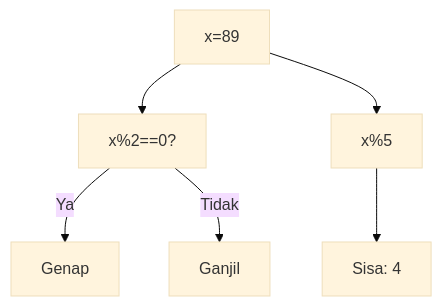
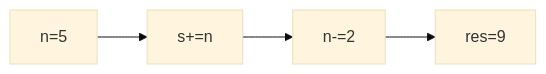
The seventh of 25 diagrams in part-c-pemahaman-cpp/03-perulangan/latihan/set-08.md (amnahwaida/OSNK_INF_PREP), drawn with Mermaid (base theme) before and after one commit. The commit also changed other lines of this file and 71 other files, not shown here.

````diff
--- a/part-c-pemahaman-cpp/03-perulangan/latihan/set-08.md
+++ b/part-c-pemahaman-cpp/03-perulangan/latihan/set-08.md
@@ -183,8 +183,6 @@
 ```mermaid
-graph TD
-A["x=89"] --> B["x%2==0?"]
-B -- Ya --> C["Genap"]
-B -- Tidak --> D["Ganjil"]
-A --> E["x%5"]
-E --> F["Sisa: 4"]
+graph LR
+A["n=5"] --> B["s+=n"]
+B --> C["n-=2"]
+C --> D["res=9"]
 ```
````
